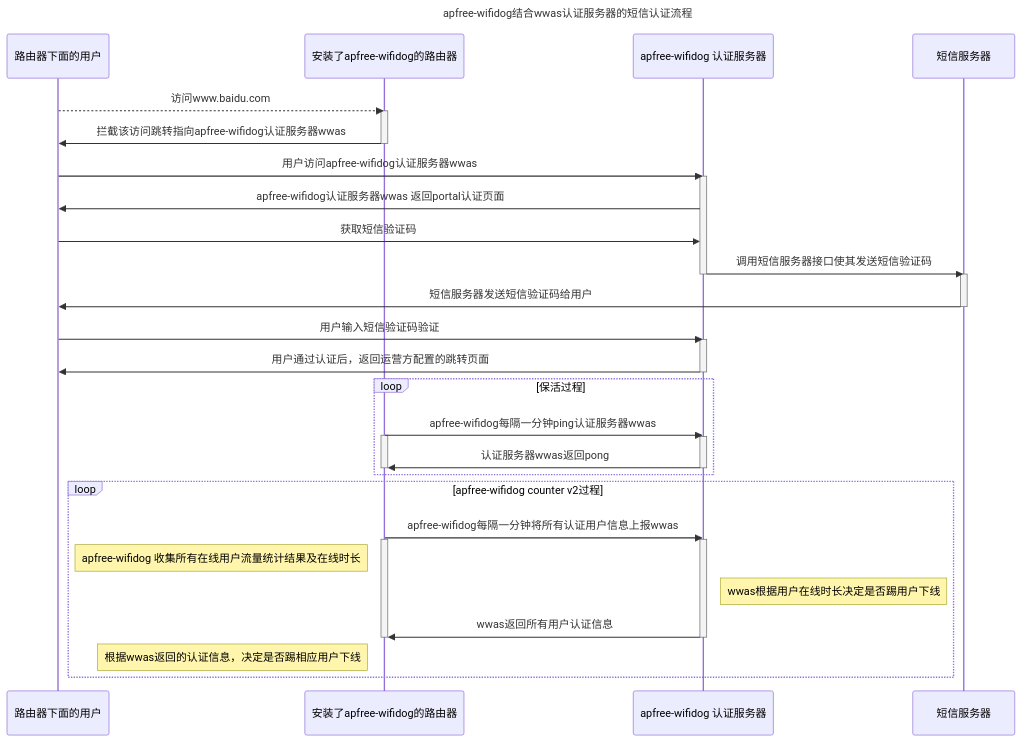
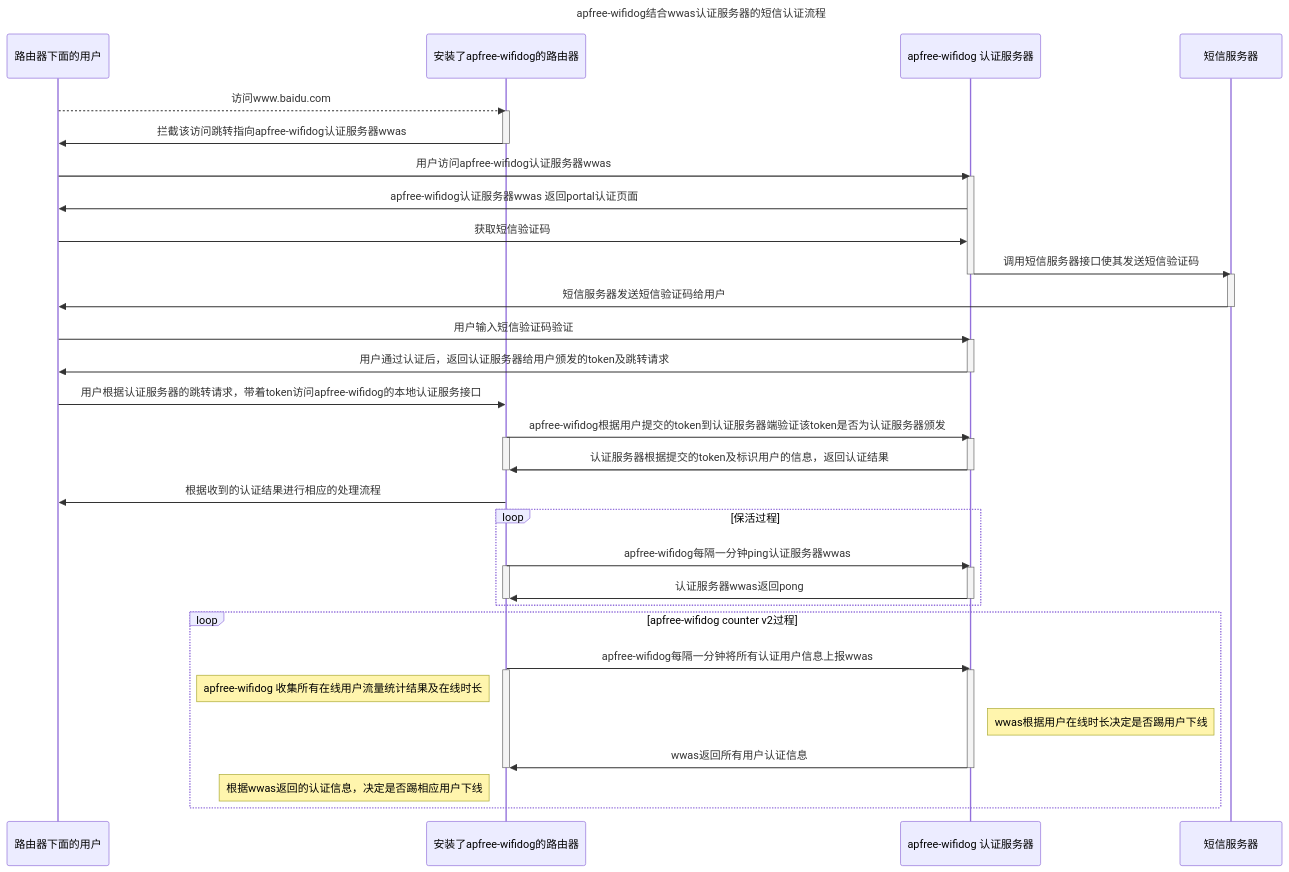
One commit to liudf0716/apfree-wifidog changed the first of 2 diagrams in README.md. Above: the diagram before and after it, drawn with Mermaid. The commit also changed 1 other file, not shown here.

Commit message:
review and modify http.c code

````diff
--- a/README.md
+++ b/README.md
@@ -35,47 +35,56 @@
 ```mermaid
 sequenceDiagram
   title: apfree-wifidog结合wwas认证服务器的短信认证流程
 	participant user as 路由器下面的用户
 	participant router as 安装了apfree-wifidog的路由器
   participant wwas as apfree-wifidog 认证服务器
   participant sms as 短信服务器
   
   user -->> router : 访问www.baidu.com
   activate router
   router ->> user : 拦截该访问跳转指向apfree-wifidog认证服务器wwas
   deactivate router
   user ->> wwas : 用户访问apfree-wifidog认证服务器wwas
   activate wwas
   wwas ->> user : apfree-wifidog认证服务器wwas 返回portal认证页面
   user ->> wwas : 获取短信验证码
   wwas ->> sms  : 调用短信服务器接口使其发送短信验证码
   deactivate wwas
   activate sms
   sms ->> user  : 短信服务器发送短信验证码给用户
   deactivate sms
   user ->> wwas : 用户输入短信验证码验证
   activate wwas
-  wwas ->> user : 用户通过认证后，返回运营方配置的跳转页面
+  wwas ->> user : 用户通过认证后，返回认证服务器给用户颁发的token及跳转请求
   deactivate wwas
+  user ->> router : 用户根据认证服务器的跳转请求，带着token访问apfree-wifidog的本地认证服务接口
+  router ->> wwas : apfree-wifidog根据用户提交的token到认证服务器端验证该token是否为认证服务器颁发
+  activate router
+  activate wwas
+  wwas ->> router : 认证服务器根据提交的token及标识用户的信息，返回认证结果
+  deactivate wwas
+  deactivate router
+  router ->> user : 根据收到的认证结果进行相应的处理流程
+  
   
   loop 保活过程
     router ->> wwas  : apfree-wifidog每隔一分钟ping认证服务器wwas
     activate router
     activate wwas
     wwas ->> router  : 认证服务器wwas返回pong
     deactivate router
     deactivate wwas
   end
   
   loop apfree-wifidog counter v2过程
     router ->> wwas : apfree-wifidog每隔一分钟将所有认证用户信息上报wwas
     activate router
     activate wwas
     Note left of router  : apfree-wifidog 收集所有在线用户流量统计结果及在线时长
     Note right of wwas   : wwas根据用户在线时长决定是否踢用户下线
     wwas ->> router : wwas返回所有用户认证信息
     deactivate router
     deactivate wwas
     Note left of router : 根据wwas返回的认证信息，决定是否踢相应用户下线
   end
 ```
````
